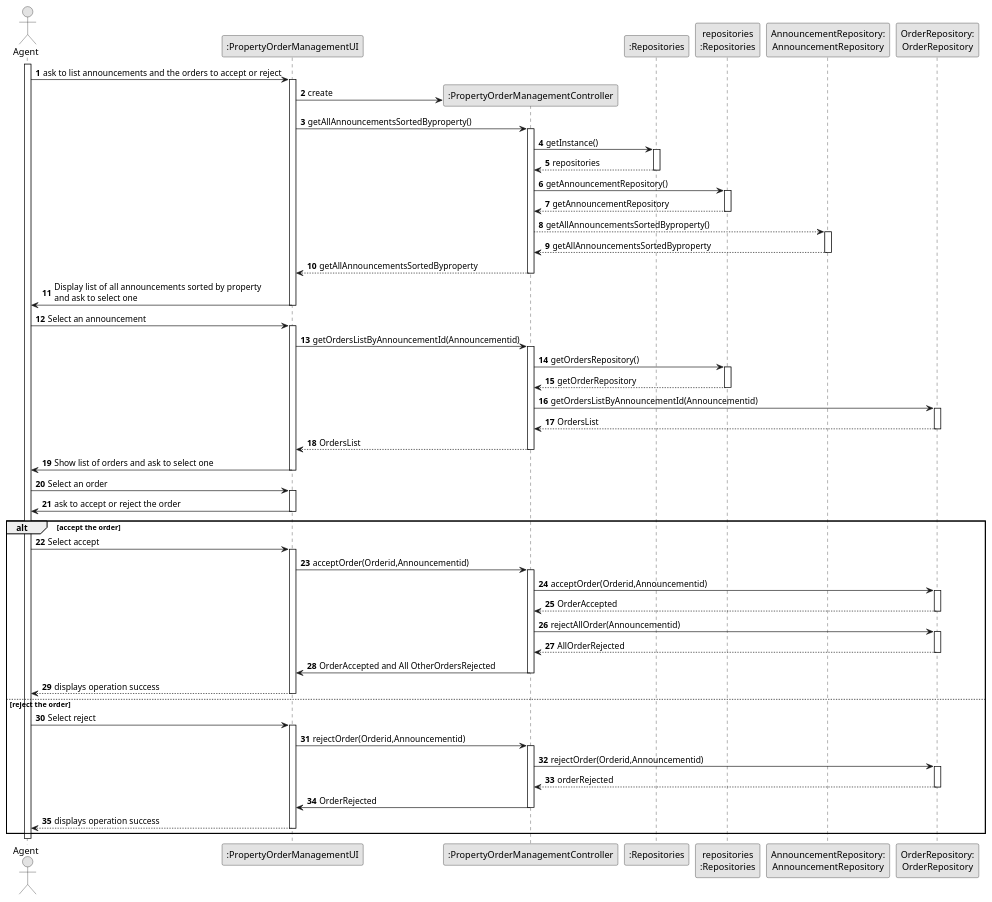
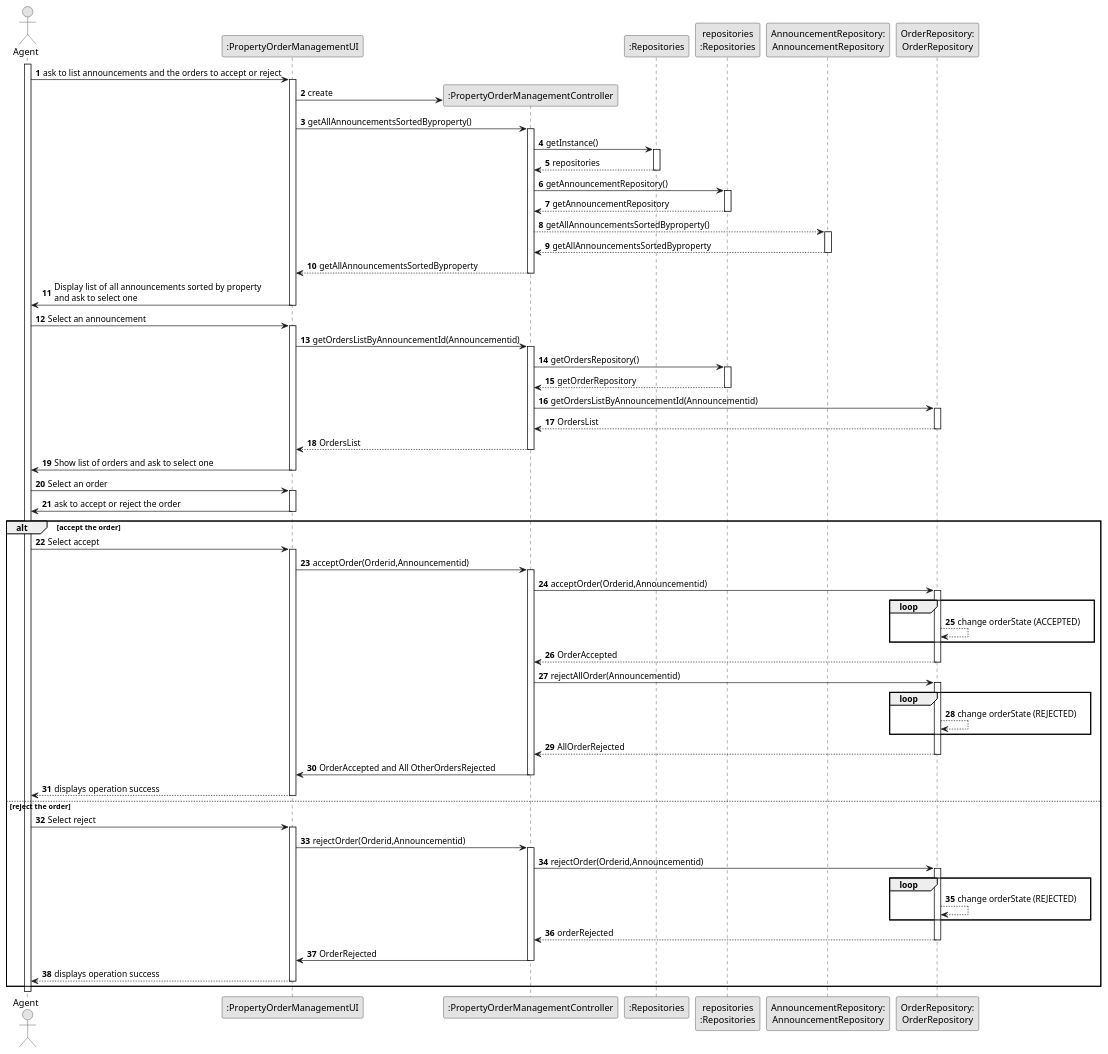
Before and after one commit to Goncalves2525/real-estate-management-system: the diagram in docs/sprintC/us011/03.design/puml/us011-sequence-diagram-full.puml, drawn with PlantUML. The commit also changed 6 other files, not shown here.

```diff
--- a/docs/sprintC/us011/03.design/puml/us011-sequence-diagram-full.puml
+++ b/docs/sprintC/us011/03.design/puml/us011-sequence-diagram-full.puml
@@ -1,135 +1,145 @@
 @startuml
 skinparam monochrome true
 skinparam packageStyle rectangle
 skinparam shadowing false
 
 autonumber
 
 'hide footbox
 actor "Agent" as AGENT
 participant ":PropertyOrderManagementUI" as UI
 participant ":PropertyOrderManagementController" as CTRL
 participant ":Repositories" as RepositorySingleton
 participant "repositories\n:Repositories" as PLAT
 participant "AnnouncementRepository:\nAnnouncementRepository" as AnnouncementRepository
 participant "OrderRepository:\nOrderRepository" as OrderRepository
 
 
 activate AGENT
 
 AGENT -> UI : ask to list announcements and the orders to accept or reject
 activate UI
 UI -> CTRL** : create
 UI -> CTRL : getAllAnnouncementsSortedByproperty()
 activate CTRL
 
 CTRL -> RepositorySingleton : getInstance()
 activate RepositorySingleton
 
 RepositorySingleton --> CTRL: repositories
 deactivate RepositorySingleton
 
  CTRL -> PLAT : getAnnouncementRepository()
 activate PLAT
 
 PLAT --> CTRL: getAnnouncementRepository
 deactivate PLAT
 
 CTRL --> AnnouncementRepository : getAllAnnouncementsSortedByproperty()
 activate AnnouncementRepository
 
  AnnouncementRepository --> CTRL : getAllAnnouncementsSortedByproperty
 deactivate AnnouncementRepository
 
 CTRL--> UI : getAllAnnouncementsSortedByproperty
 deactivate
 
  UI -> AGENT: Display list of all announcements sorted by property \nand ask to select one
  deactivate
 
  AGENT -> UI : Select an announcement
  activate UI
 
 UI -> CTRL : getOrdersListByAnnouncementId(Announcementid)
 activate CTRL
 
  CTRL -> PLAT : getOrdersRepository()
 activate PLAT
 
 PLAT --> CTRL: getOrderRepository
 deactivate PLAT
 
 CTRL -> OrderRepository : getOrdersListByAnnouncementId(Announcementid)
 activate OrderRepository
 
 OrderRepository --> CTRL : OrdersList
 deactivate OrderRepository
 
 CTRL--> UI : OrdersList
 deactivate
 
 UI -> AGENT: Show list of orders and ask to select one
 deactivate
 
 AGENT -> UI : Select an order
 activate UI
 
 UI -> AGENT : ask to accept or reject the order
 deactivate
 
 alt accept the order
 
     AGENT -> UI : Select accept
     activate UI
 
     UI -> CTRL : acceptOrder(Orderid,Announcementid)
     activate CTRL
 
     CTRL -> OrderRepository : acceptOrder(Orderid,Announcementid)
     activate OrderRepository
 
+    loop
+    OrderRepository-->OrderRepository: change orderState (ACCEPTED)
+    end
     OrderRepository --> CTRL : OrderAccepted
     deactivate OrderRepository
 
     CTRL -> OrderRepository : rejectAllOrder(Announcementid)
     activate OrderRepository
+    loop
+    OrderRepository-->OrderRepository: change orderState (REJECTED)
+    end
 
     OrderRepository --> CTRL : AllOrderRejected
     deactivate OrderRepository
 
     CTRL -> UI : OrderAccepted and All OtherOrdersRejected
     deactivate
 
     UI --> AGENT : displays operation success
-deactivate
+    deactivate
 
 else reject the order
 
-AGENT -> UI : Select reject
+    AGENT -> UI : Select reject
     activate UI
 
     UI -> CTRL : rejectOrder(Orderid,Announcementid)
     activate CTRL
 
     CTRL -> OrderRepository : rejectOrder(Orderid,Announcementid)
     activate OrderRepository
+
+   loop
+   OrderRepository-->OrderRepository: change orderState (REJECTED)
+   end
 
     OrderRepository --> CTRL : orderRejected
     deactivate OrderRepository
 
     CTRL -> UI : OrderRejected
     deactivate
     UI --> AGENT : displays operation success
 deactivate
 end
 
 
 
 
 
 
 
 
 
 
             @enduml
```
